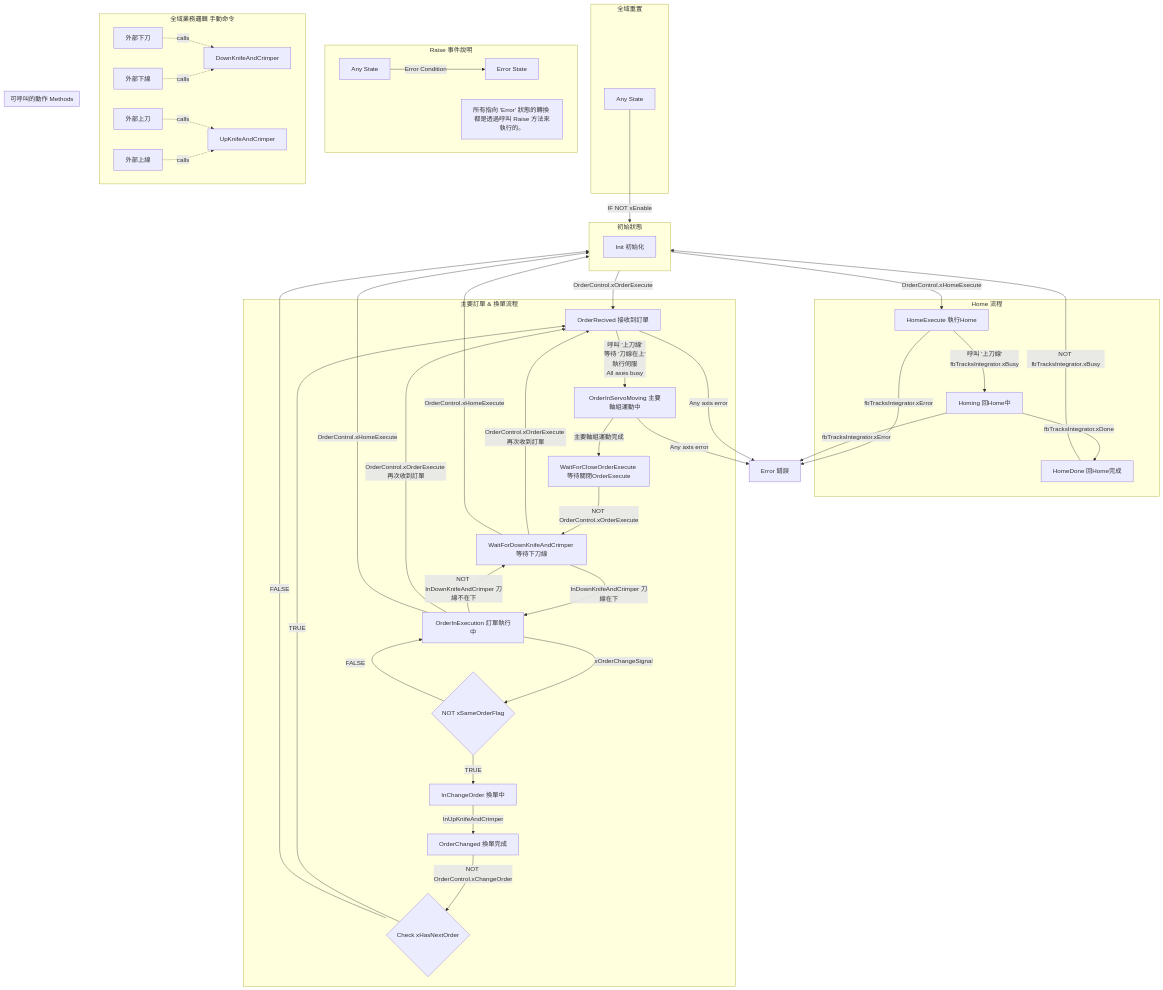
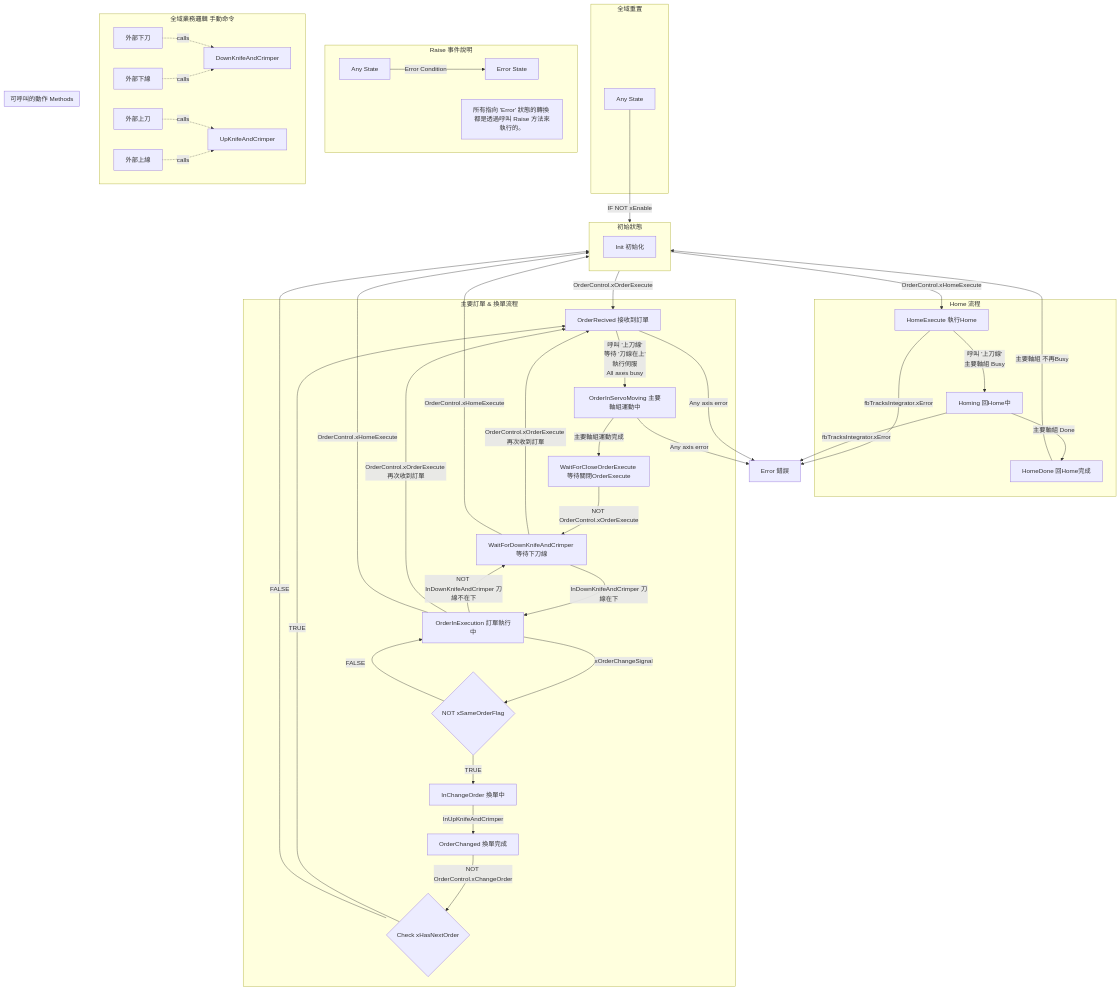
The diagram in 換單流程.md (kevin00156/sunming_sliter_modbus_address), drawn with Mermaid before and after one commit.

Commit message:
修正換單流程敘述
把PLC內部的變數改成文字敘述

```diff
--- a/換單流程.md
+++ b/換單流程.md
@@ -17,9 +17,10 @@
         HomeDone[HomeDone 回Home完成]
         
         %% 這是被修正的行
-        HomeExecute -->|呼叫 '上刀線' \n fbTracksIntegrator.xBusy| Homing
-        Homing -->|fbTracksIntegrator.xDone| HomeDone
-        HomeDone -->|NOT fbTracksIntegrator.xBusy| Init
+        HomeExecute -->|呼叫 '上刀線' 
+        主要軸組 Busy| Homing
+        Homing -->|主要軸組 Done| HomeDone
+        HomeDone -->|主要軸組 不再Busy| Init
     end
     
     %% S2: 主要訂單 & 換單流程
```
